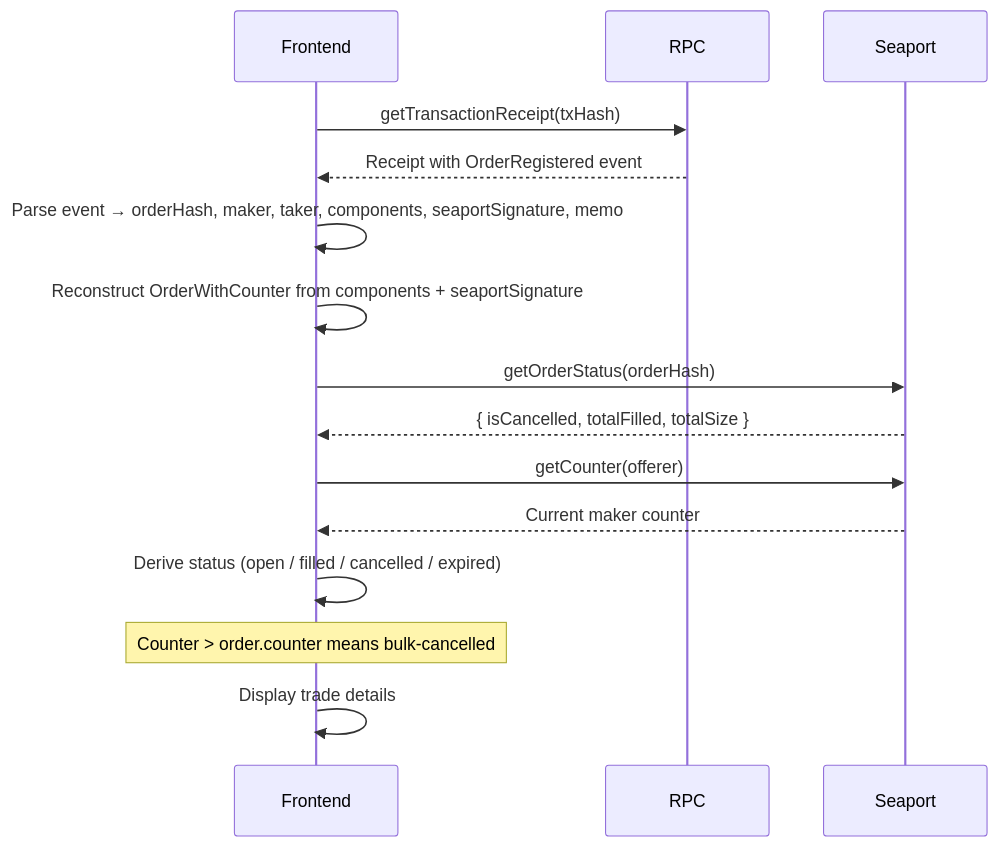
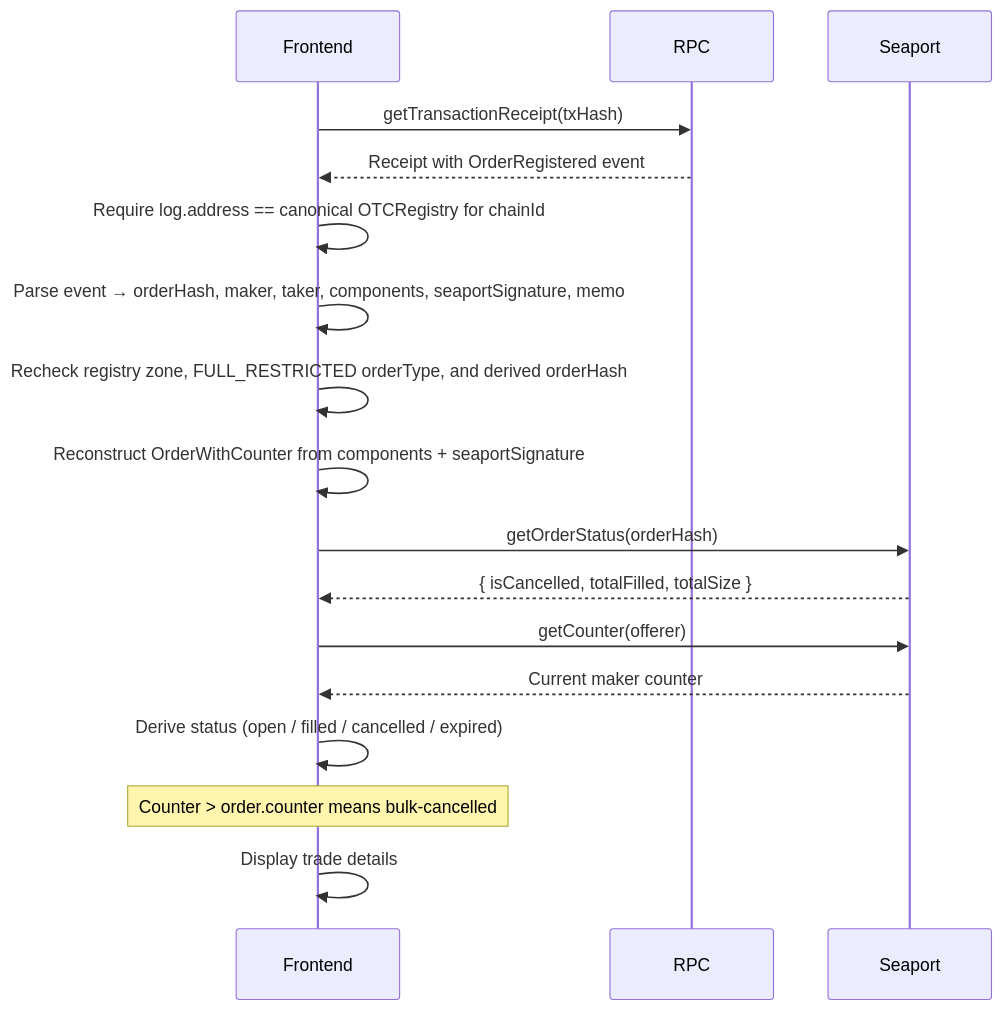
Before and after one commit to shukudaidayo/ocarina-trade: the second of 5 diagrams in docs/flows.md, drawn with Mermaid. The commit also changed other lines of this file and 10 other files, not shown here.

````diff
--- a/docs/flows.md
+++ b/docs/flows.md
@@ -54,22 +56,24 @@
 ```mermaid
 sequenceDiagram
     participant F as Frontend
     participant R as RPC
     participant S as Seaport
 
     F->>R: getTransactionReceipt(txHash)
     R-->>F: Receipt with OrderRegistered event
 
+    F->>F: Require log.address == canonical OTCRegistry for chainId
     F->>F: Parse event → orderHash, maker, taker, components, seaportSignature, memo
+    F->>F: Recheck registry zone, FULL_RESTRICTED orderType, and derived orderHash
     F->>F: Reconstruct OrderWithCounter from components + seaportSignature
 
     F->>S: getOrderStatus(orderHash)
     S-->>F: { isCancelled, totalFilled, totalSize }
 
     F->>S: getCounter(offerer)
     S-->>F: Current maker counter
 
     F->>F: Derive status (open / filled / cancelled / expired)
     Note over F: Counter > order.counter means bulk-cancelled
     F->>F: Display trade details
 ```
````
